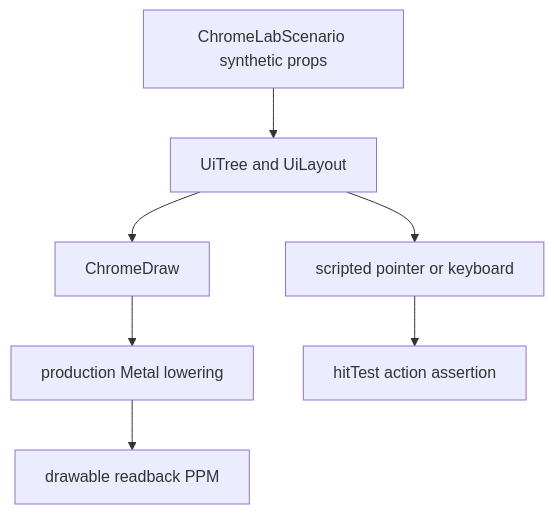
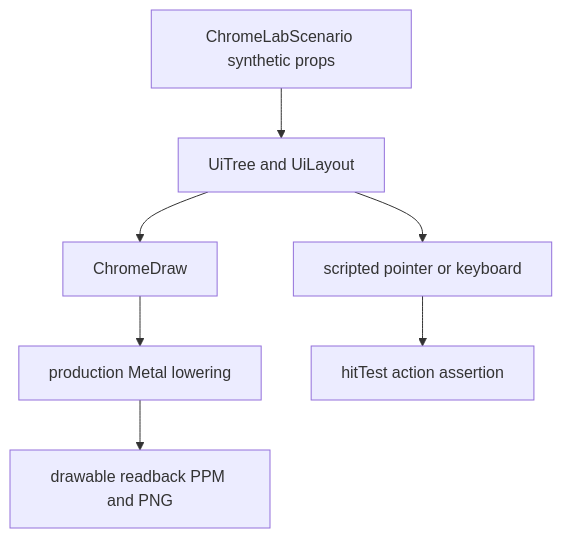
One commit to ohah/maru changed the second of 2 diagrams in docs/metal-ui-layout.md. Above: the diagram before and after it, drawn with Mermaid. The commit also changed other lines of this file, not shown here.

````diff
--- a/docs/metal-ui-layout.md
+++ b/docs/metal-ui-layout.md
@@ -175,9 +205,9 @@
 ```mermaid
 flowchart TD
     A[ChromeLabScenario synthetic props] --> B[UiTree and UiLayout]
     B --> C[ChromeDraw]
     C --> D[production Metal lowering]
-    D --> E[drawable readback PPM]
+    D --> E[drawable readback PPM and PNG]
     B --> F[scripted pointer or keyboard]
     F --> G[hitTest action assertion]
 ```
````
